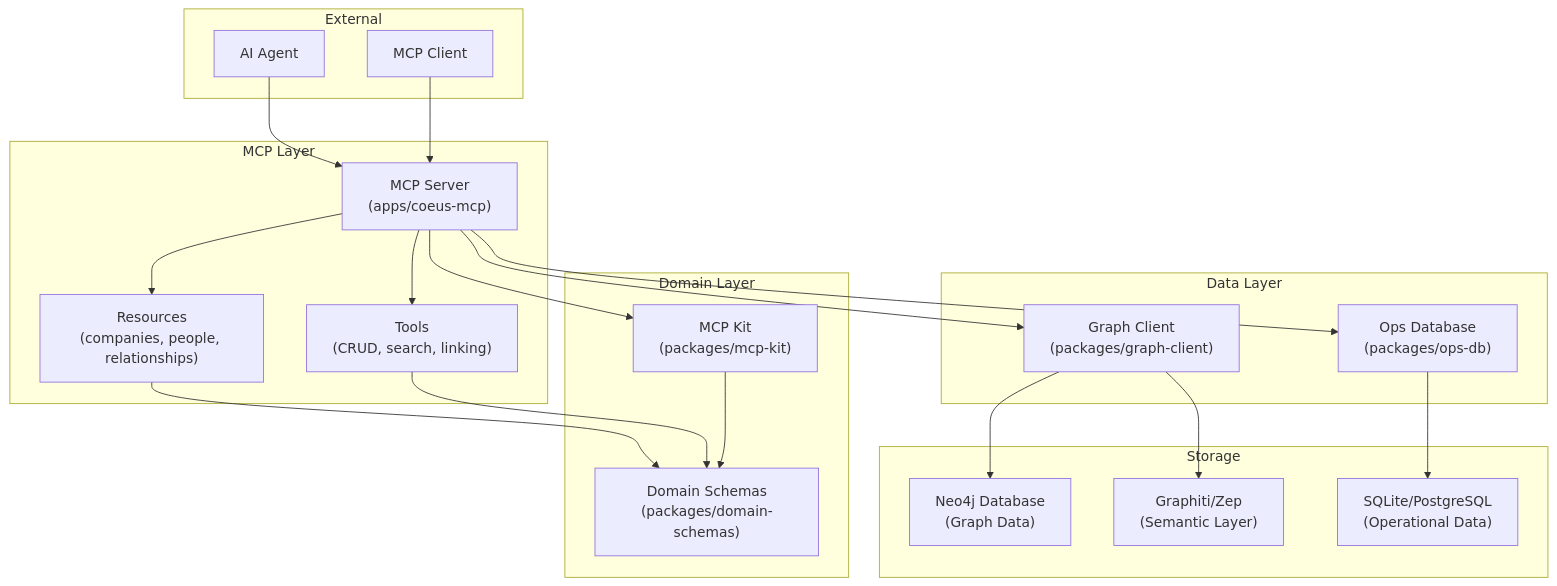
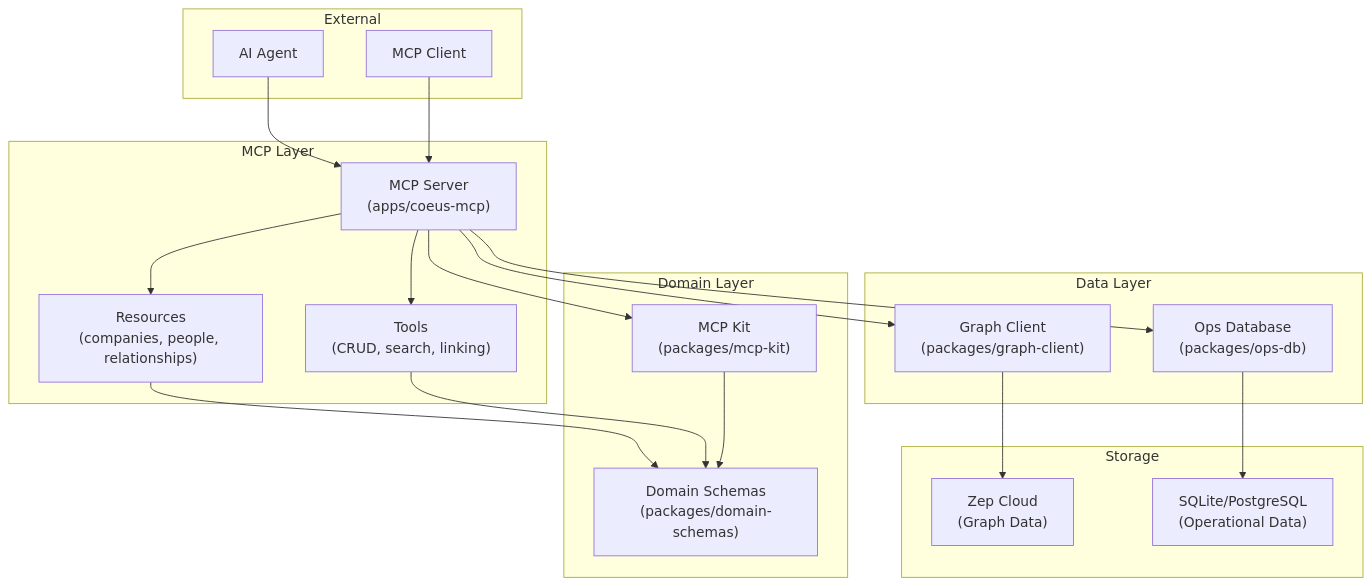
Before and after one commit to leovigna/agent-coeus: the first of 7 diagrams in ARCHITECTURE.md, drawn with Mermaid. The commit also changed other lines of this file and 6 other files, not shown here.

````diff
--- a/ARCHITECTURE.md
+++ b/ARCHITECTURE.md
@@ -6,43 +6,41 @@
 ```mermaid
 graph TB
     subgraph "External"
         Agent["AI Agent"]
         Client["MCP Client"]
     end
 
     subgraph "MCP Layer"
         MCP["MCP Server<br/>(apps/coeus-mcp)"]
         Resources["Resources<br/>(companies, people, relationships)"]
         Tools["Tools<br/>(CRUD, search, linking)"]
     end
 
     subgraph "Domain Layer"
         Schemas["Domain Schemas<br/>(packages/domain-schemas)"]
         MCPKit["MCP Kit<br/>(packages/mcp-kit)"]
     end
 
     subgraph "Data Layer"
         GraphClient["Graph Client<br/>(packages/graph-client)"]
         OpsDB["Ops Database<br/>(packages/ops-db)"]
     end
 
     subgraph "Storage"
-        Neo4j["Neo4j Database<br/>(Graph Data)"]
-        Graphiti["Graphiti/Zep<br/>(Semantic Layer)"]
+        ZepCloud["Zep Cloud<br/>(Graph Data)"]
         SQLite["SQLite/PostgreSQL<br/>(Operational Data)"]
     end
 
     Agent --> MCP
     Client --> MCP
     MCP --> Resources
     MCP --> Tools
     MCP --> MCPKit
     Resources --> Schemas
     Tools --> Schemas
     MCPKit --> Schemas
     MCP --> GraphClient
     MCP --> OpsDB
-    GraphClient --> Neo4j
-    GraphClient --> Graphiti
+    GraphClient --> ZepCloud
     OpsDB --> SQLite
 ```
````
